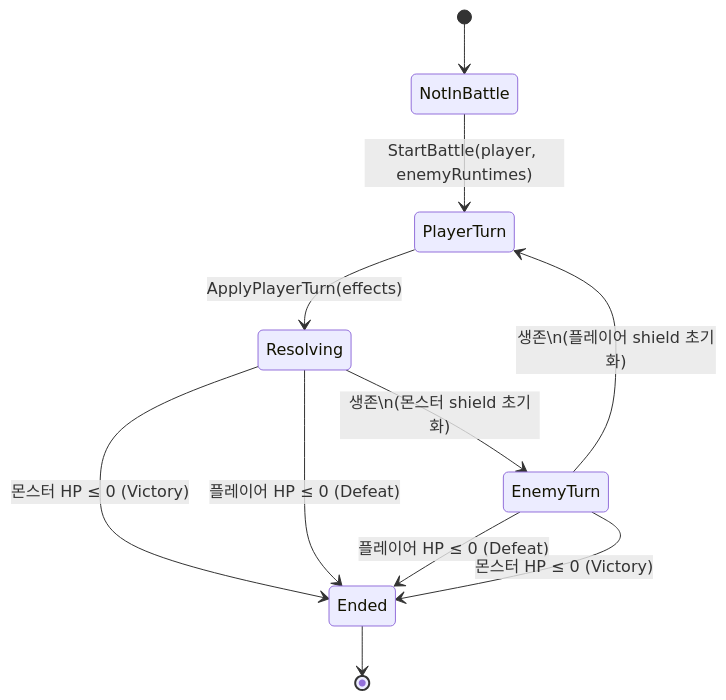
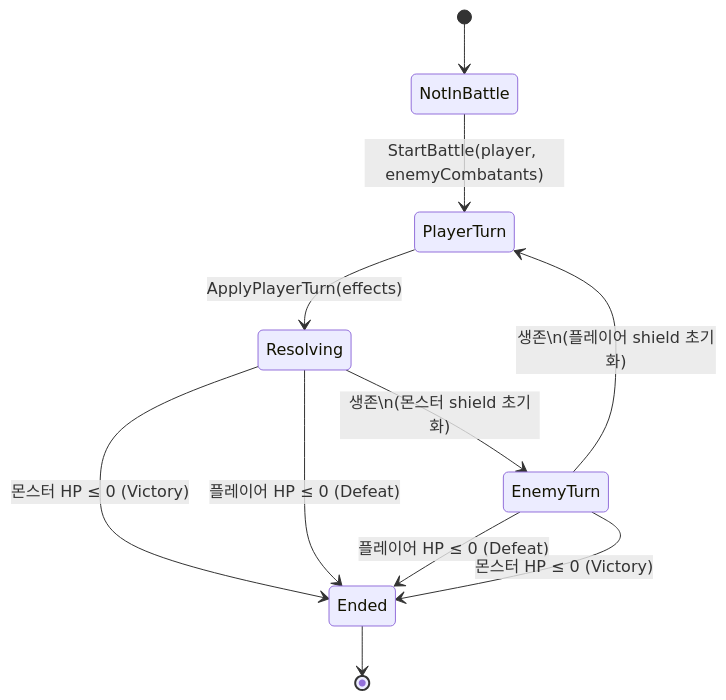
One commit to YooKyubin/SlotRogue changed the first of 5 diagrams in docs/design-docs/combat-core.md. Above: the diagram before and after it, drawn with Mermaid. The commit also changed other lines of this file and 6 other files, not shown here.

````diff
--- a/docs/design-docs/combat-core.md
+++ b/docs/design-docs/combat-core.md
@@ -33,16 +33,16 @@
 ```mermaid
 stateDiagram-v2
     [*] --> NotInBattle
-    NotInBattle --> PlayerTurn: StartBattle(player, enemyRuntimes)
+    NotInBattle --> PlayerTurn: StartBattle(player, enemyCombatants)
 
     PlayerTurn --> Resolving: ApplyPlayerTurn(effects)
     Resolving --> Ended: 몬스터 HP ≤ 0 (Victory)
     Resolving --> Ended: 플레이어 HP ≤ 0 (Defeat)
     Resolving --> EnemyTurn: 생존\n(몬스터 shield 초기화)
 
     EnemyTurn --> Ended: 플레이어 HP ≤ 0 (Defeat)
     EnemyTurn --> Ended: 몬스터 HP ≤ 0 (Victory)
     EnemyTurn --> PlayerTurn: 생존\n(플레이어 shield 초기화)
 
     Ended --> [*]
 ```
````
